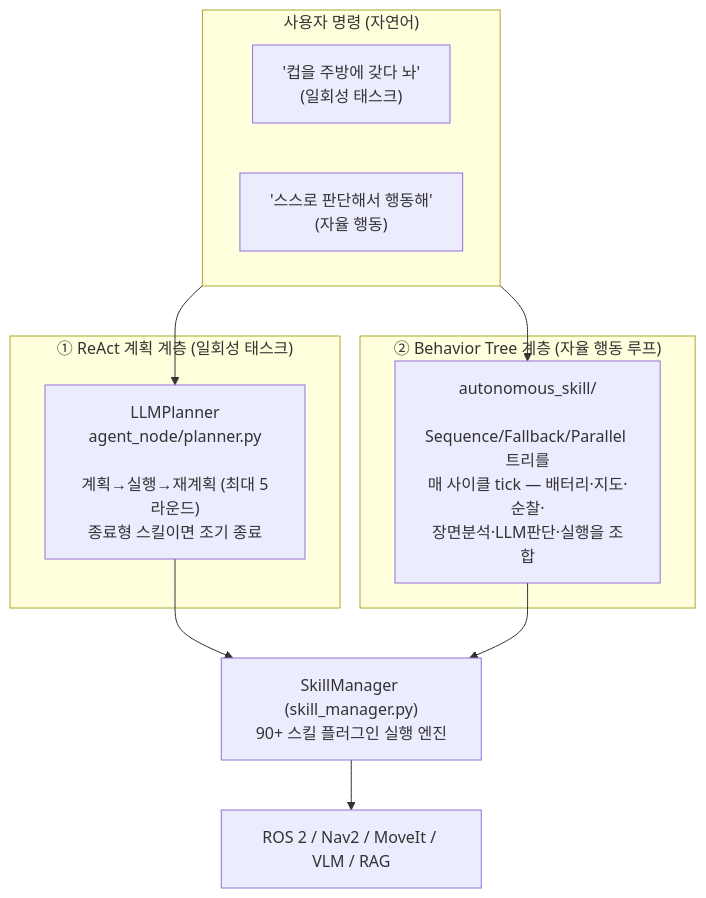
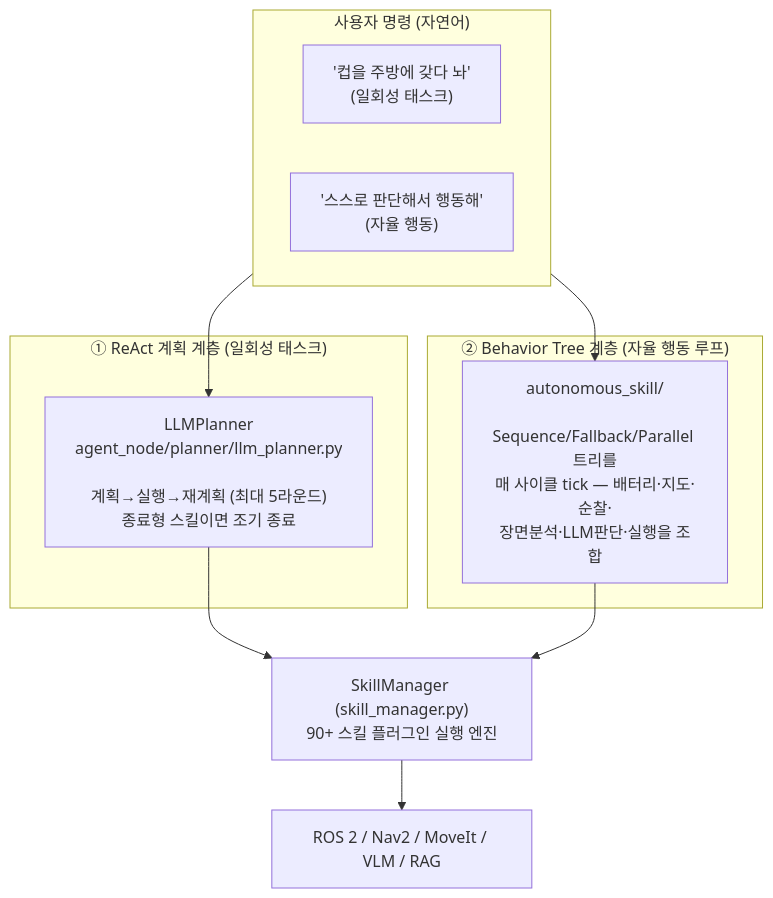
Before and after one commit to Open-Edge-Robotics/A.RobotAI-Robot-RoboClaw: the first of 2 diagrams in docs/behavior-tree/README.md, drawn with Mermaid. The commit also changed other lines of this file and 9 other files, not shown here.

First line of the commit message:
refactor(agent): planner.py를 agent_node/planner 패키지로 분해

````diff
--- a/docs/behavior-tree/README.md
+++ b/docs/behavior-tree/README.md
@@ -28,24 +28,24 @@
 ```mermaid
 flowchart TB
     subgraph U["사용자 명령 (자연어)"]
         direction LR
         cmd1["'컵을 주방에 갖다 놔'\n(일회성 태스크)"]
         cmd2["'스스로 판단해서 행동해'\n(자율 행동)"]
     end
 
     cmd1 --> ReAct
     cmd2 --> BT
 
     subgraph L1["① ReAct 계획 계층 (일회성 태스크)"]
-        ReAct["LLMPlanner\nagent_node/planner.py\n\n계획→실행→재계획 (최대 5라운드)\n종료형 스킬이면 조기 종료"]
+        ReAct["LLMPlanner\nagent_node/planner/llm_planner.py\n\n계획→실행→재계획 (최대 5라운드)\n종료형 스킬이면 조기 종료"]
     end
 
     subgraph L2["② Behavior Tree 계층 (자율 행동 루프)"]
         BT["autonomous_skill/\n\nSequence/Fallback/Parallel 트리를\n매 사이클 tick — 배터리·지도·순찰·\n장면분석·LLM판단·실행을 조합"]
     end
 
     ReAct --> SM
     BT --> SM
     SM["SkillManager (skill_manager.py)\n90+ 스킬 플러그인 실행 엔진"]
     SM --> ROS["ROS 2 / Nav2 / MoveIt / VLM / RAG"]
 ```
````
